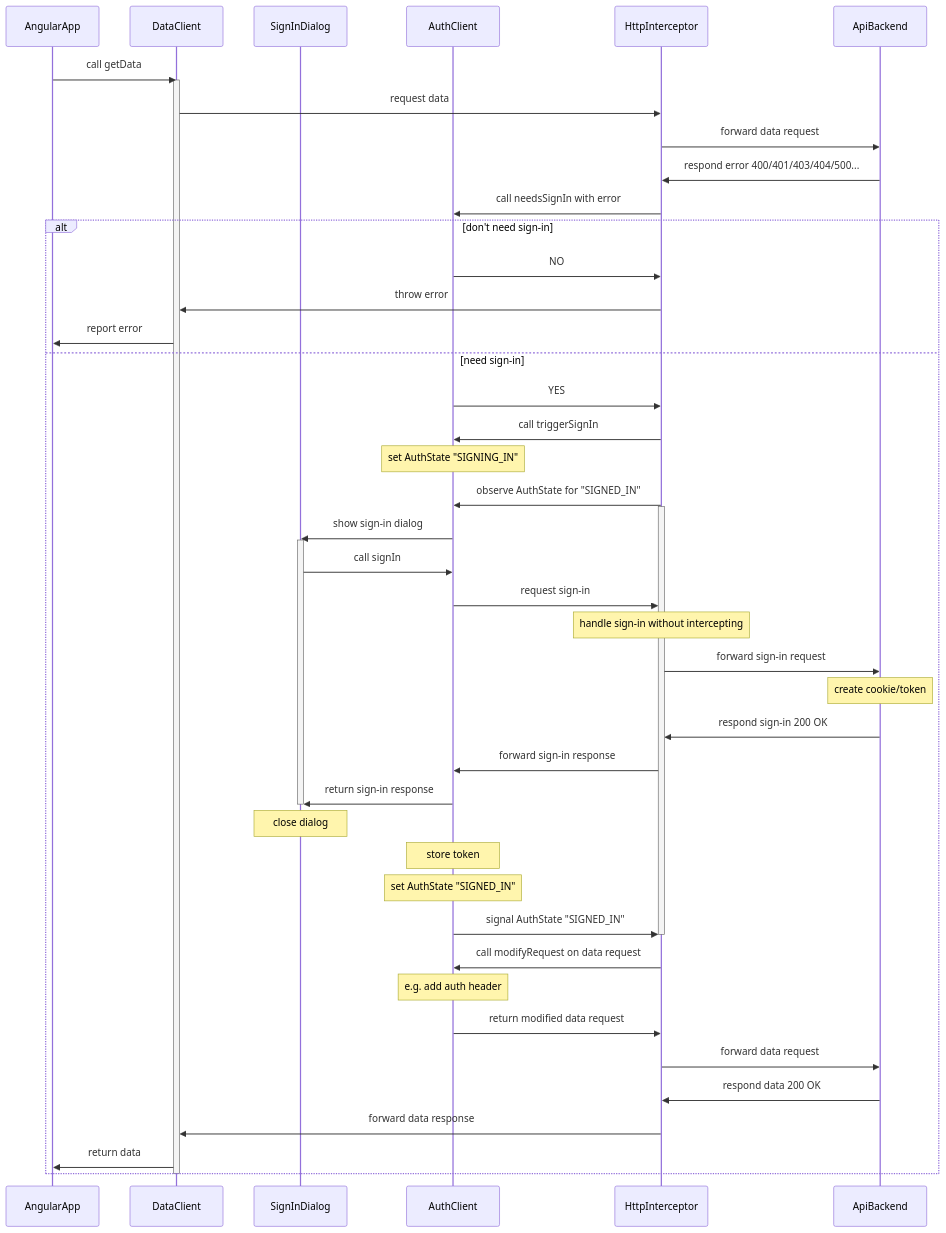
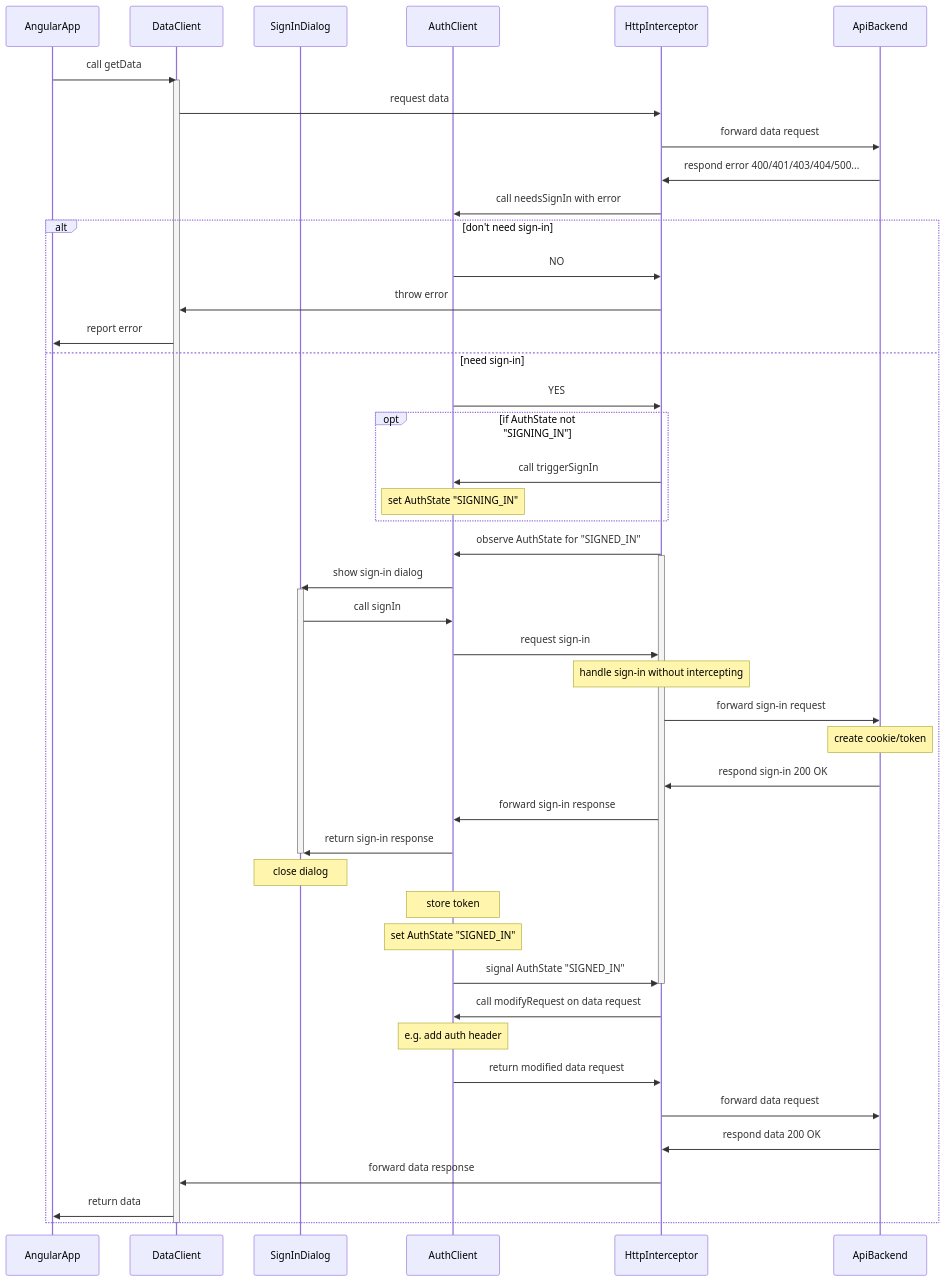
The diagram in libs/tools/auth/README.md (flens-dev/modern-angular), drawn with Mermaid before and after one commit.

Commit message:
tools/auth - Update diagram

````diff
--- a/libs/tools/auth/README.md
+++ b/libs/tools/auth/README.md
@@ -3,51 +3,53 @@
 ```mermaid
 sequenceDiagram
   participant A as AngularApp
   participant D as DataClient
   participant L as SignInDialog
   participant S as AuthClient
   participant H as HttpInterceptor
   participant B as ApiBackend
 
   A->>D: call getData
   activate D
   D->>H: request data
   H->>B: forward data request
   B->>H: respond error 400/401/403/404/500...
   H->>S: call needsSignIn with error
   alt don't need sign-in
     S->>H: NO
     H->>D: throw error
     D->>A: report error
   else need sign-in
     S->>H:YES
-    H->>S: call triggerSignIn
-    Note over S: set AuthState "SIGNING_IN"
+    opt if AuthState not "SIGNING_IN"
+      H->>S: call triggerSignIn
+      Note over S: set AuthState "SIGNING_IN"
+    end
     H->>S: observe AuthState for "SIGNED_IN"
     activate H
     S->>L: show sign-in dialog
     activate L
     L->>S: call signIn
     S->>H: request sign-in
     Note over H: handle sign-in without intercepting
     H->>B: forward sign-in request
     Note over B: create cookie/token
     B->>H: respond sign-in 200 OK
     H->>S: forward sign-in response
     S->>L: return sign-in response
     deactivate L
     Note over L: close dialog
     Note over S: store token
     Note over S: set AuthState "SIGNED_IN"
     S->>H: signal AuthState "SIGNED_IN"
     deactivate H
     H->>S: call modifyRequest on data request
     Note over S: e.g. add auth header
     S->>H: return modified data request
     H->>B: forward data request
     B->>H: respond data 200 OK
     H->>D: forward data response
     D->>A: return data
   end
   deactivate D
 ```
````
